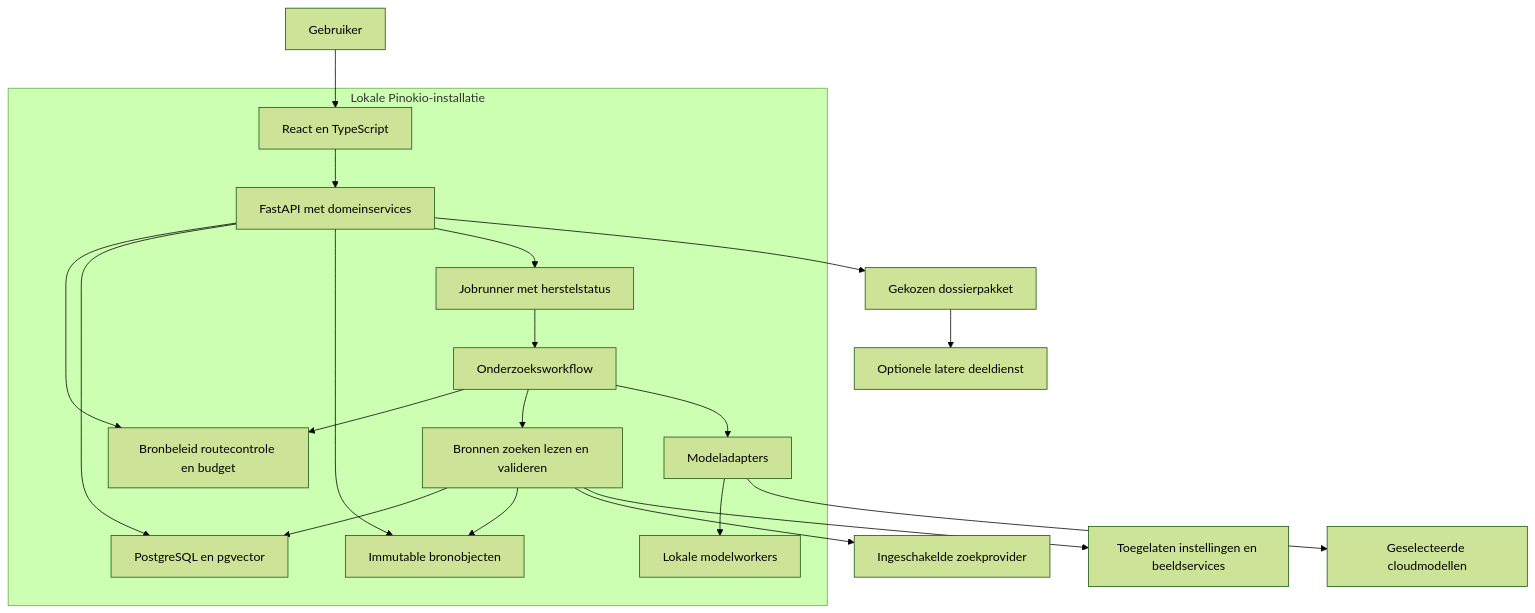
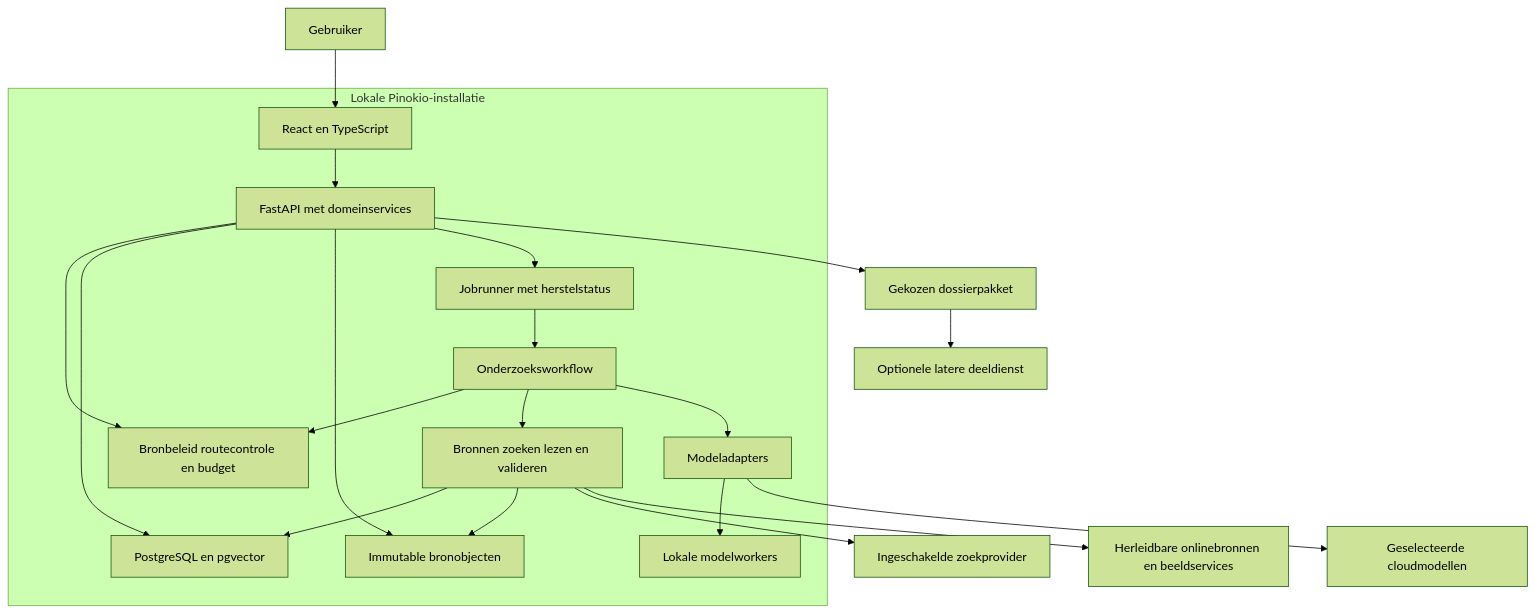
One commit to Euraika-Labs/euraika-compass changed the first of 2 diagrams in architecture.md. Above: the diagram before and after it, drawn with Mermaid (forest theme). The commit also changed other lines of this file and 13 other files, not shown here.

````diff
--- a/architecture.md
+++ b/architecture.md
@@ -24,23 +24,23 @@
 ```mermaid
 flowchart TB
   U[Gebruiker] --> UI[React en TypeScript]
   subgraph Local[Lokale Pinokio-installatie]
     UI --> API[FastAPI met domeinservices]
     API --> POLICY[Bronbeleid routecontrole en budget]
     API --> PG[PostgreSQL en pgvector]
     API --> STORE[Immutable bronobjecten]
     API --> JOBS[Jobrunner met herstelstatus]
     JOBS --> FLOW[Onderzoeksworkflow]
     FLOW --> POLICY
     FLOW --> TOOLS[Bronnen zoeken lezen en valideren]
     FLOW --> ROUTES[Modeladapters]
     ROUTES --> WORKERS[Lokale modelworkers]
     TOOLS --> PG
     TOOLS --> STORE
   end
   ROUTES --> CLOUD[Geselecteerde cloudmodellen]
   TOOLS --> WEB[Ingeschakelde zoekprovider]
-  TOOLS --> INST[Toegelaten instellingen en beeldservices]
+  TOOLS --> INST[Herleidbare onlinebronnen en beeldservices]
   API --> EXPORT[Gekozen dossierpakket]
   EXPORT --> SHARE[Optionele latere deeldienst]
 ```
````
